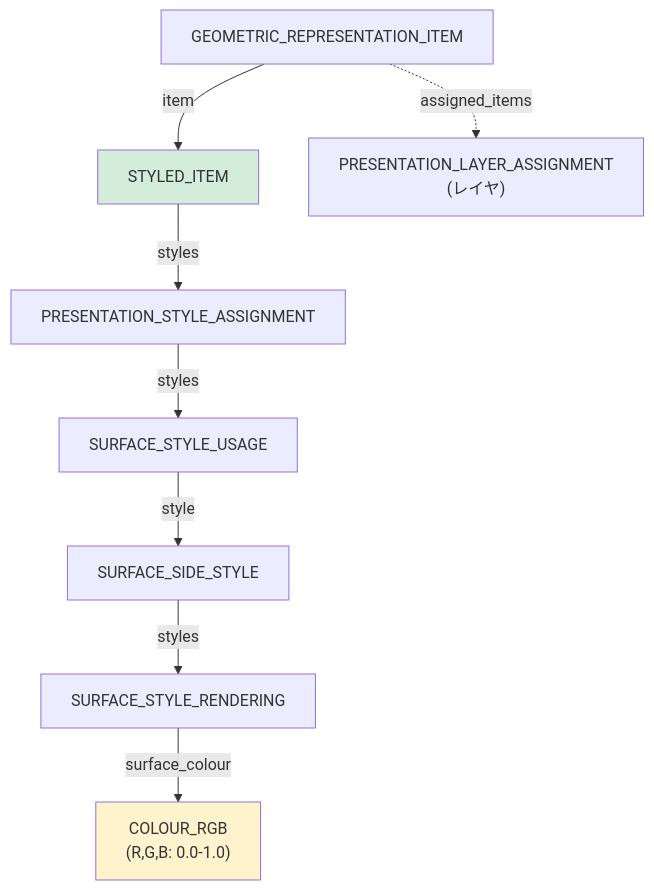
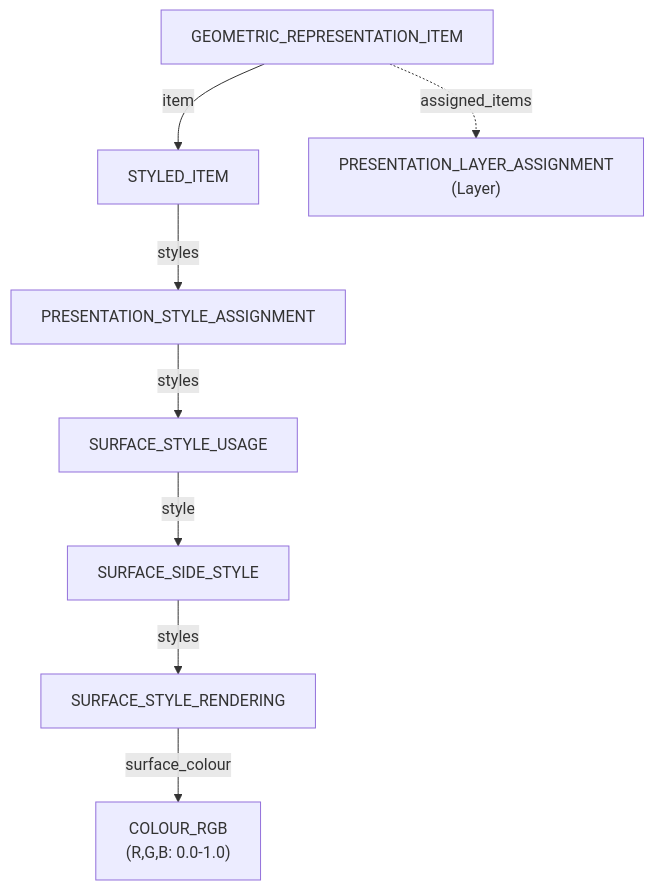
Before and after one commit to takuto-NA/step-standards-explained: the fourth of 4 diagrams in format/data-model-map.md, drawn with Mermaid. The commit also changed other lines of this file and 25 other files, not shown here.

````diff
--- a/format/data-model-map.md
+++ b/format/data-model-map.md
@@ -311,14 +301,11 @@
 ```mermaid
 graph TD
     GEOM["GEOMETRIC_REPRESENTATION_ITEM"] -->|"item"| SI["STYLED_ITEM"]
     SI -->|"styles"| PSA["PRESENTATION_STYLE_ASSIGNMENT"]
     PSA -->|"styles"| SSU["SURFACE_STYLE_USAGE"]
     SSU -->|"style"| SSS["SURFACE_SIDE_STYLE"]
     SSS -->|"styles"| SSR["SURFACE_STYLE_RENDERING"]
     SSR -->|"surface_colour"| COLOUR["COLOUR_RGB<br/>(R,G,B: 0.0-1.0)"]
     
-    GEOM -.->|"assigned_items"| PLA["PRESENTATION_LAYER_ASSIGNMENT<br/>(レイヤ)"]
-    
-    style SI fill:#d4edda
-    style COLOUR fill:#fff3cd
+    GEOM -.->|"assigned_items"| PLA["PRESENTATION_LAYER_ASSIGNMENT<br/>(Layer)"]
 ```
````
